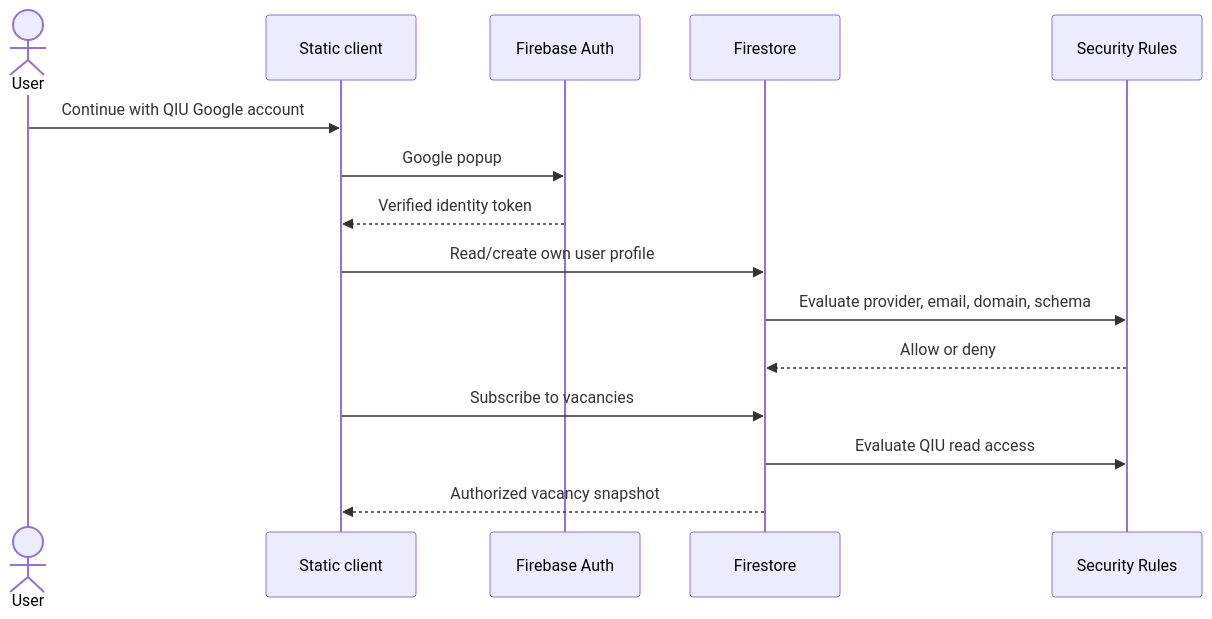
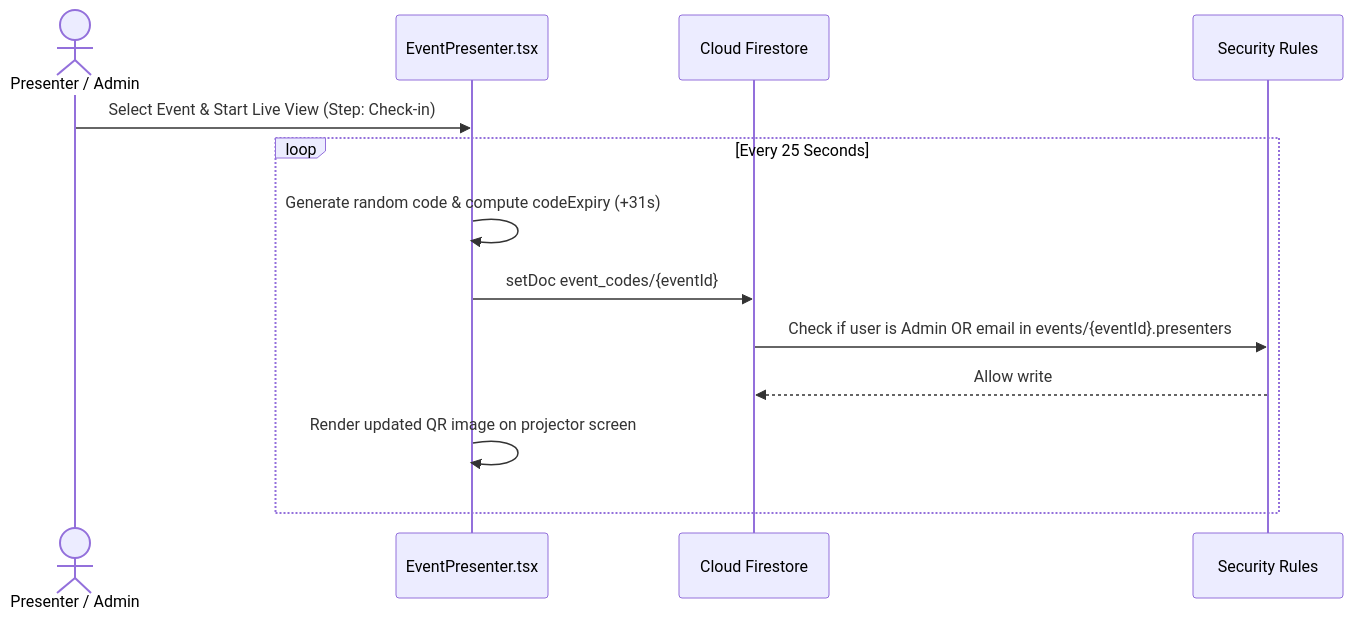
The third of 4 diagrams in webapp/docs/SOFTWARE_DOCUMENTATION.md (SooYM/QIU-Industry-Webapp), drawn with Mermaid before and after one commit. The commit also changed other lines of this file and 2 other files, not shown here.

Commit message:
docs(readme): document Events module, 25s rotating QR anti-cheat attendance, and CCA verification

````diff
--- a/webapp/docs/SOFTWARE_DOCUMENTATION.md
+++ b/webapp/docs/SOFTWARE_DOCUMENTATION.md
@@ -221,18 +352,16 @@
 ```mermaid
 sequenceDiagram
-    actor User
-    participant UI as Static client
-    participant Auth as Firebase Auth
-    participant DB as Firestore
+    actor Presenter as Presenter / Admin
+    participant View as EventPresenter.tsx
+    participant DB as Cloud Firestore
     participant Rules as Security Rules
 
-    User->>UI: Continue with QIU Google account
-    UI->>Auth: Google popup
-    Auth-->>UI: Verified identity token
-    UI->>DB: Read/create own user profile
-    DB->>Rules: Evaluate provider, email, domain, schema
-    Rules-->>DB: Allow or deny
-    UI->>DB: Subscribe to vacancies
-    DB->>Rules: Evaluate QIU read access
-    DB-->>UI: Authorized vacancy snapshot
+    Presenter->>View: Select Event & Start Live View (Step: Check-in)
+    loop Every 25 Seconds
+        View->>View: Generate random code & compute codeExpiry (+31s)
+        View->>DB: setDoc event_codes/{eventId}
+        DB->>Rules: Check if user is Admin OR email in events/{eventId}.presenters
+        Rules-->>DB: Allow write
+        View->>View: Render updated QR image on projector screen
+    end
 ```
````
